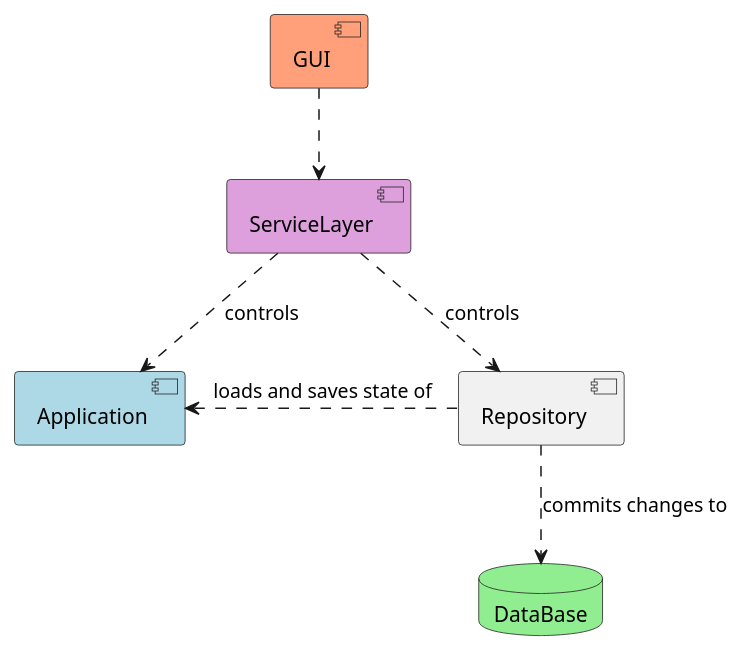
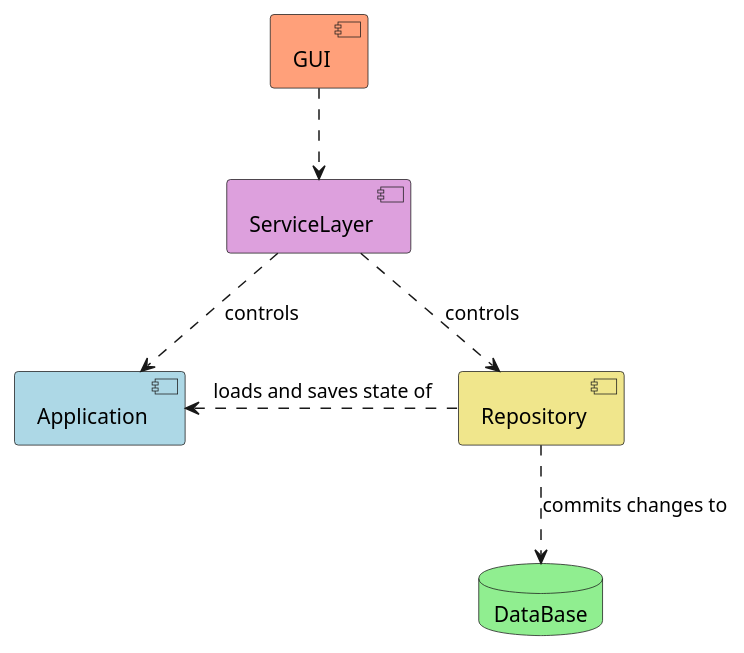
The diagram in Architecture/ComponentView.puml (Uhgtred/Recipe_Shopping_List), drawn with PlantUML before and after one commit. The commit also changed 2 other files, not shown here.

Commit message:
Slight refactoring of the architecture and adding Layers.puml to define rules for layers.

```diff
--- a/Architecture/ComponentView.puml
+++ b/Architecture/ComponentView.puml
@@ -1,19 +1,19 @@
 @startuml
 
 component Application #lightblue
 
 database DataBase #lightgreen
 
-component Repository
+component Repository #khaki
 Repository .l.> Application: loads and saves state of
 Repository ..> DataBase: commits changes to
 
 
 component ServiceLayer #plum
 ServiceLayer ..> Application: controls
 ServiceLayer ..> Repository: controls
 
 
 component GUI #lightsalmon
 GUI ..> ServiceLayer
 @enduml
```
